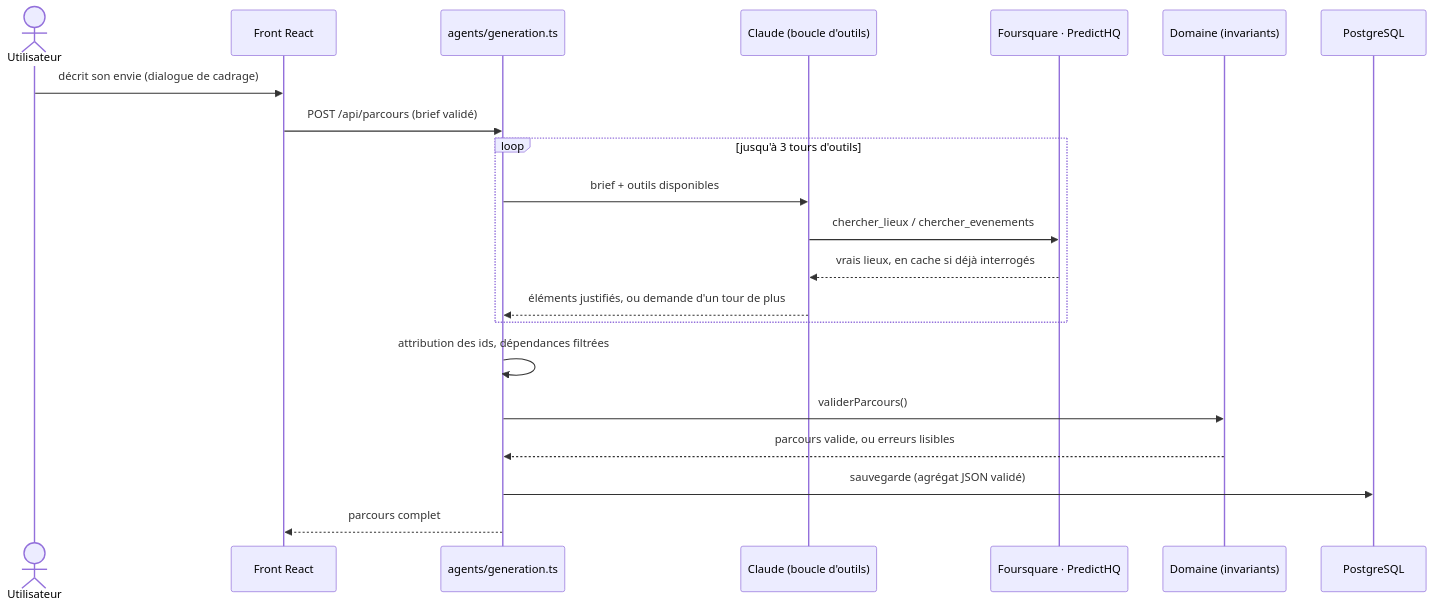
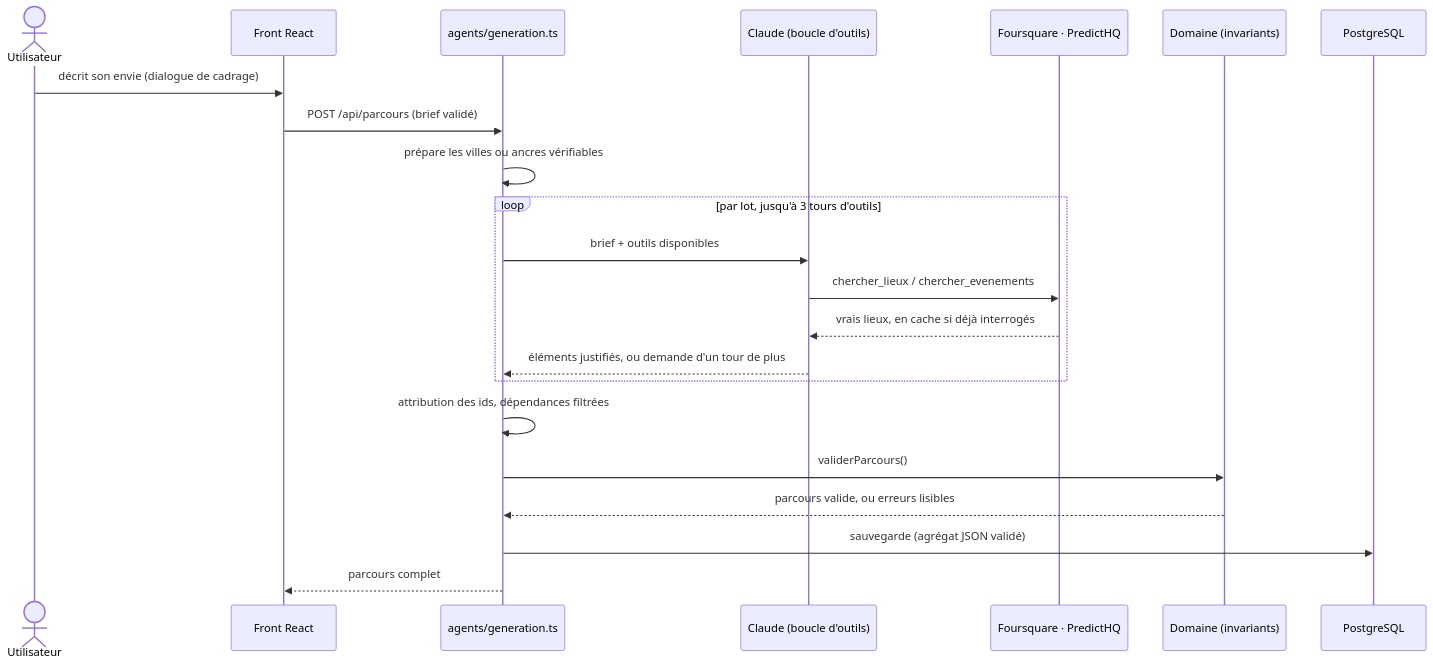
One commit to loties1533/experience-ai changed the first of 2 diagrams in README.md. Above: the diagram before and after it, drawn with Mermaid. The commit also changed other lines of this file and 14 other files, not shown here.

````diff
--- a/README.md
+++ b/README.md
@@ -103,24 +109,25 @@
 ```mermaid
 sequenceDiagram
     actor U as Utilisateur
     participant F as Front React
     participant A as agents/generation.ts
     participant LLM as Claude (boucle d'outils)
     participant Ext as Foursquare · PredictHQ
     participant D as Domaine (invariants)
     participant DB as PostgreSQL
 
     U->>F: décrit son envie (dialogue de cadrage)
     F->>A: POST /api/parcours (brief validé)
-    loop jusqu'à 3 tours d'outils
+    A->>A: prépare les villes ou ancres vérifiables
+    loop par lot, jusqu'à 3 tours d'outils
         A->>LLM: brief + outils disponibles
         LLM->>Ext: chercher_lieux / chercher_evenements
         Ext-->>LLM: vrais lieux, en cache si déjà interrogés
         LLM-->>A: éléments justifiés, ou demande d'un tour de plus
     end
     A->>A: attribution des ids, dépendances filtrées
     A->>D: validerParcours()
     D-->>A: parcours valide, ou erreurs lisibles
     A->>DB: sauvegarde (agrégat JSON validé)
     A-->>F: parcours complet
 ```
````
